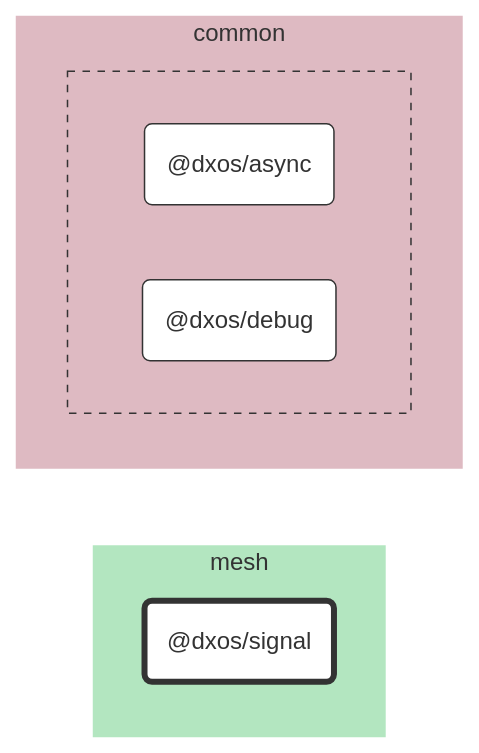
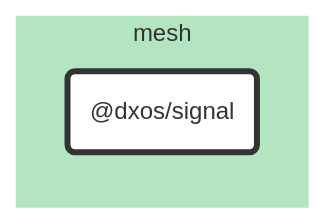
Before and after one commit to dxos/dxos: the diagram in packages/mesh/signal/docs/README.md, drawn with Mermaid. The commit also changed 84 other files, not shown here.

````diff
--- a/packages/mesh/signal/docs/README.md
+++ b/packages/mesh/signal/docs/README.md
@@ -7,41 +7,20 @@
 ```mermaid
 %%{ init: {'flowchart':{'curve':'basis'}} }%%
 
 flowchart LR
 
-%% Links
+%% Classes
+classDef default fill:#fff,stroke:#333,stroke-width:1px
+classDef root fill:#fff,stroke:#333,stroke-width:4px
 
-%% Sections
-subgraph mesh
-  style mesh fill:#b3e6c0,stroke:#fff;
+%% Nodes
 
-  dxos/signal("@dxos/signal")
+subgraph mesh [mesh]
+  style mesh fill:#b3e6c0,stroke:#fff
+  dxos/signal("@dxos/signal"):::root
+  click dxos/signal "dxos/dxos/tree/main/packages/mesh/signal/docs"
 end
 
-subgraph common
-  style common fill:#debac2,stroke:#fff;
-
-
-  subgraph common-excluded [ ]
-    style common-excluded fill:#debac2,stroke:#333,stroke-dasharray:5 5;
-
-    dxos/async("@dxos/async")
-    dxos/debug("@dxos/debug")
-  end
-end
-
-
-%% Hyperlinks
-click dxos/async "dxos/dxos/tree/main/packages/common/async/docs";
-click dxos/debug "dxos/dxos/tree/main/packages/common/debug/docs";
-
-%% Styles
-classDef rootNode fill:#fff,stroke:#333,stroke-width:4px
-classDef defaultNode fill:#fff,stroke:#333,stroke-width:1px
+%% Links
 linkStyle default stroke:#333,stroke-width:1px
-
-dxos/signal:::rootNode
-
-dxos/async:::defaultNode
-dxos/debug:::defaultNode
 ```
````
